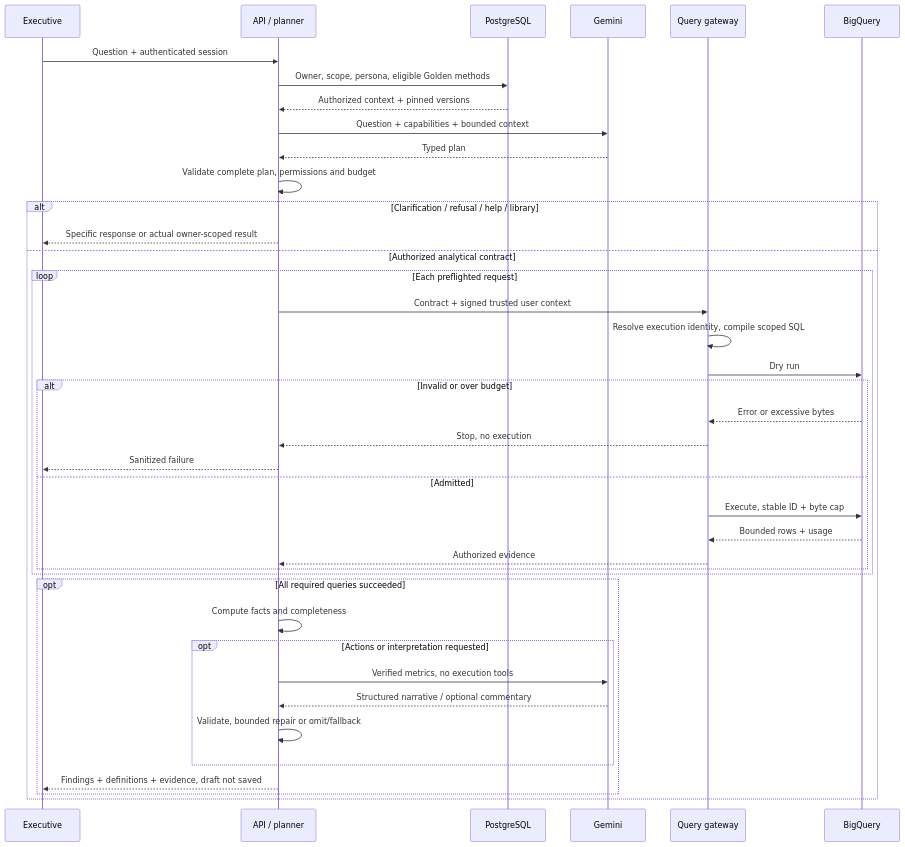
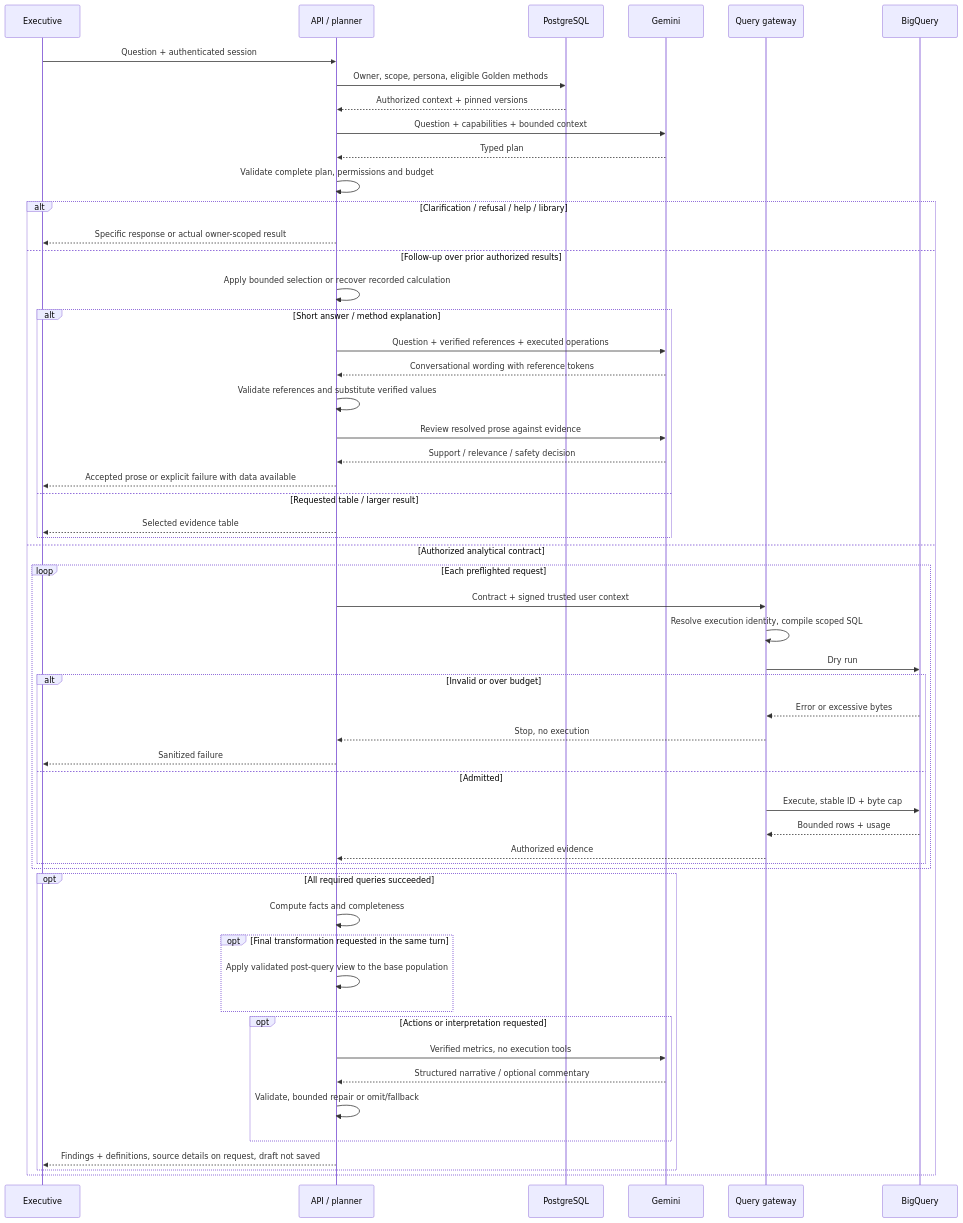
Before and after one commit to tymek100/opsfleet-task: the second of 3 diagrams in docs/architecture.md, drawn with Mermaid. The commit also changed other lines of this file and 524 other files, not shown here.

Commit message:
feat: add contextual follow-ups, verified explanations, and evaluated demo conversations

````diff
--- a/docs/architecture.md
+++ b/docs/architecture.md
@@ -62,42 +86,57 @@
 ```mermaid
 sequenceDiagram
   participant U as Executive
   participant A as API / planner
   participant S as PostgreSQL
   participant M as Gemini
   participant G as Query gateway
   participant B as BigQuery
   U->>A: Question + authenticated session
   A->>S: Owner, scope, persona, eligible Golden methods
   S-->>A: Authorized context + pinned versions
   A->>M: Question + capabilities + bounded context
   M-->>A: Typed plan
   A->>A: Validate complete plan, permissions and budget
   alt Clarification / refusal / help / library
     A-->>U: Specific response or actual owner-scoped result
+  else Follow-up over prior authorized results
+    A->>A: Apply bounded selection or recover recorded calculation
+    alt Short answer / method explanation
+      A->>M: Question + verified references + executed operations
+      M-->>A: Conversational wording with reference tokens
+      A->>A: Validate references and substitute verified values
+      A->>M: Review resolved prose against evidence
+      M-->>A: Support / relevance / safety decision
+      A-->>U: Accepted prose or explicit failure with data available
+    else Requested table / larger result
+      A-->>U: Selected evidence table
+    end
   else Authorized analytical contract
     loop Each preflighted request
       A->>G: Contract + signed trusted user context
       G->>G: Resolve execution identity, compile scoped SQL
       G->>B: Dry run
       alt Invalid or over budget
         B-->>G: Error or excessive bytes
         G-->>A: Stop, no execution
         A-->>U: Sanitized failure
       else Admitted
         G->>B: Execute, stable ID + byte cap
         B-->>G: Bounded rows + usage
         G-->>A: Authorized evidence
       end
     end
     opt All required queries succeeded
       A->>A: Compute facts and completeness
+      opt Final transformation requested in the same turn
+        A->>A: Apply validated post-query view to the base population
+      end
       opt Actions or interpretation requested
         A->>M: Verified metrics, no execution tools
         M-->>A: Structured narrative / optional commentary
         A->>A: Validate, bounded repair or omit/fallback
       end
-      A-->>U: Findings + definitions + evidence, draft not saved
+      A-->>U: Findings + definitions, source details on request, draft not saved
     end
   end
 ```
````
